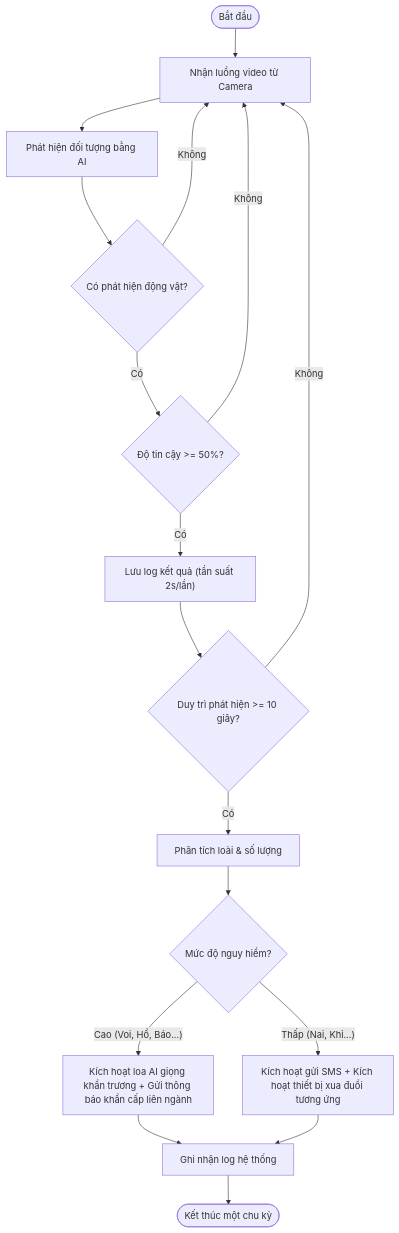
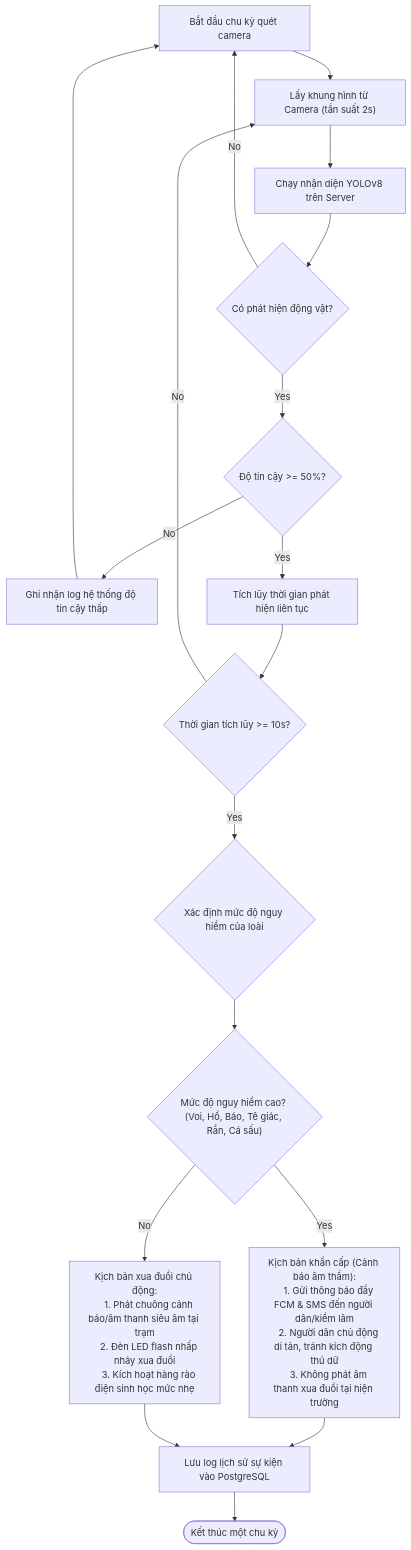
One commit to trungnguyenthien/Wildlife-Warning-and-Deterrence-System changed the second of 4 diagrams in outputs/de-tai-nghien-cuu-canh-bao-dong-vat.md. Above: the diagram before and after it, drawn with Mermaid. The commit also changed other lines of this file, not shown here.

````diff
--- a/outputs/de-tai-nghien-cuu-canh-bao-dong-vat.md
+++ b/outputs/de-tai-nghien-cuu-canh-bao-dong-vat.md
@@ -132,21 +126,33 @@
 ```mermaid
 flowchart TD
-    Start(["Bắt đầu"]) --> ReadFrame["Nhận luồng video từ Camera"]
-    ReadFrame --> Detect["Phát hiện đối tượng bằng AI"]
-    Detect --> CheckAnimal{"Có phát hiện động vật?"}
-    CheckAnimal -- "Không" --> ReadFrame
-    CheckAnimal -- "Có" --> ConfCheck{"Độ tin cậy >= 50%?"}
-    ConfCheck -- "Không" --> ReadFrame
-    ConfCheck -- "Có" --> SaveLog["Lưu log kết quả (tần suất 2s/lần)"]
-    SaveLog --> TimeCheck{"Duy trì phát hiện >= 10 giây?"}
-    TimeCheck -- "Không" --> ReadFrame
-    TimeCheck -- "Có" --> Classify["Phân tích loài & số lượng"]
-    Classify --> Level{"Mức độ nguy hiểm?"}
-
-    Level -- "Cao (Voi, Hổ, Báo...)" --> HighRisk["Kích hoạt loa AI giọng khẩn trương + Gửi thông báo khẩn cấp liên ngành"]
-    Level -- "Thấp (Nai, Khỉ...)" --> LowRisk["Kích hoạt gửi SMS + Kích hoạt thiết bị xua đuổi tương ứng"]
-
-    HighRisk --> Log["Ghi nhận log hệ thống"]
+    Start["Bắt đầu chu kỳ quét camera"] --> Capture["Lấy khung hình từ Camera (tần suất 2s)"]
+    Capture --> RunAI["Chạy nhận diện YOLOv8 trên Server"]
+    RunAI --> CheckDetect{"Có phát hiện động vật?"}
+    
+    CheckDetect -- No --> Start
+    CheckDetect -- Yes --> CheckConfidence{"Độ tin cậy >= 50%?"}
+    
+    CheckConfidence -- No --> LogLow["Ghi nhận log hệ thống độ tin cậy thấp"] --> Start
+    CheckConfidence -- Yes --> StartTimer["Tích lũy thời gian phát hiện liên tục"]
+    
+    StartTimer --> Check10s{"Thời gian tích lũy >= 10s?"}
+    
+    Check10s -- No --> Capture
+    Check10s -- Yes --> GetDanger{"Xác định mức độ nguy hiểm của loài"}
+    
+    GetDanger --> CheckHigh{"Mức độ nguy hiểm cao? (Voi, Hổ, Báo, Tê giác, Rắn, Cá sấu)"}
+    
+    CheckHigh -- Yes --> HighRisk["Kịch bản khẩn cấp (Cảnh báo âm thầm):
+    1. Gửi thông báo đẩy FCM & SMS đến người dân/kiểm lâm
+    2. Người dân chủ động di tản, tránh kích động thú dữ
+    3. Không phát âm thanh xua đuổi tại hiện trường"]
+    
+    CheckHigh -- No --> LowRisk["Kịch bản xua đuổi chủ động:
+    1. Phát chuông cảnh báo/âm thanh siêu âm tại trạm
+    2. Đèn LED flash nhấp nháy xua đuổi
+    3. Kích hoạt hàng rào điện sinh học mức nhẹ"]
+    
+    HighRisk --> Log["Lưu log lịch sử sự kiện vào PostgreSQL"]
     LowRisk --> Log
     Log --> End(["Kết thúc một chu kỳ"])
 ```
````
